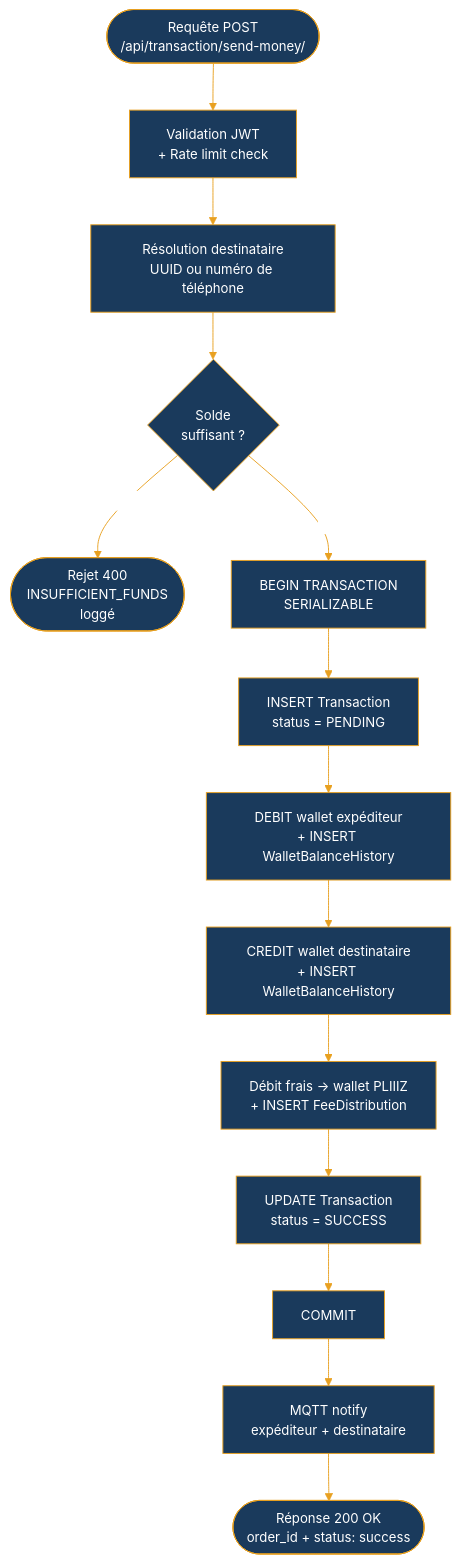
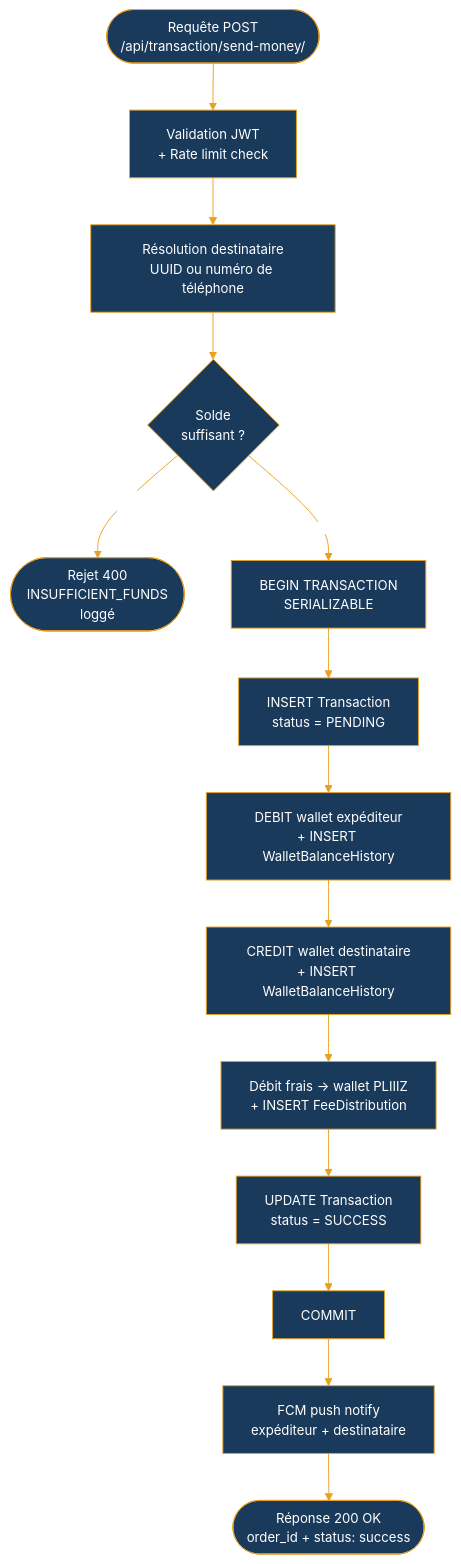
The diagram in docs/diagrams/06_niveaux_resilience.mmd (deSully/pliz-backend), drawn with Mermaid before and after one commit. The commit also changed 14 other files, not shown here.

```diff
--- a/docs/diagrams/06_niveaux_resilience.mmd
+++ b/docs/diagrams/06_niveaux_resilience.mmd
@@ -1,28 +1,28 @@
 %%{init: {
   'theme': 'base',
   'themeVariables': {
     'primaryColor':        '#1a3a5c',
     'primaryTextColor':    '#ffffff',
     'primaryBorderColor':  '#e8a020',
     'lineColor':           '#e8a020',
     'secondaryColor':      '#0d2137',
     'tertiaryColor':       '#f0f7ff',
     'edgeLabelBackground': '#ffffff',
     'fontFamily':          'Segoe UI, Helvetica Neue, Arial, sans-serif',
     'fontSize':            '14px'
   }
 }}%%
 flowchart TD
     A(["Requête POST\n/api/transaction/send-money/"]) --> B["Validation JWT\n+ Rate limit check"]
     B --> C["Résolution destinataire\nUUID ou numéro de téléphone"]
     C --> D{"Solde\nsuffisant ?"}
     D -- Non --> E(["Rejet 400\nINSUFFICIENT_FUNDS\nloggé"])
     D -- Oui --> F["BEGIN TRANSACTION\nSERIALIZABLE"]
     F --> G["INSERT Transaction\nstatus = PENDING"]
     G --> H["DEBIT wallet expéditeur\n+ INSERT WalletBalanceHistory"]
     H --> I["CREDIT wallet destinataire\n+ INSERT WalletBalanceHistory"]
     I --> J["Débit frais → wallet PLIIIZ\n+ INSERT FeeDistribution"]
     J --> K["UPDATE Transaction\nstatus = SUCCESS"]
     K --> L["COMMIT"]
-    L --> M["MQTT notify\nexpéditeur + destinataire"]
+    L --> M["FCM push notify\nexpéditeur + destinataire"]
     M --> N(["Réponse 200 OK\norder_id + status: success"])
```
